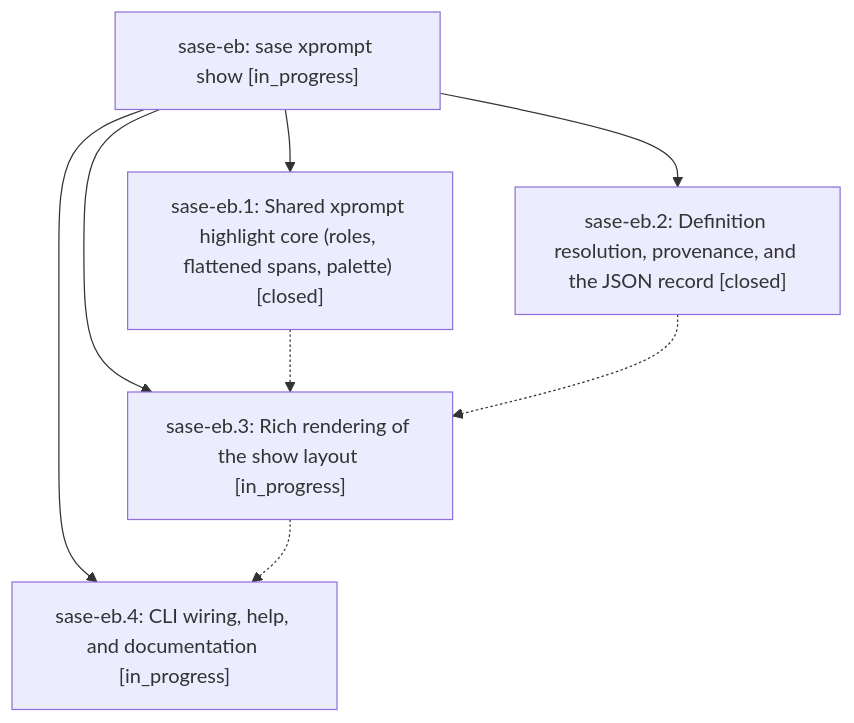
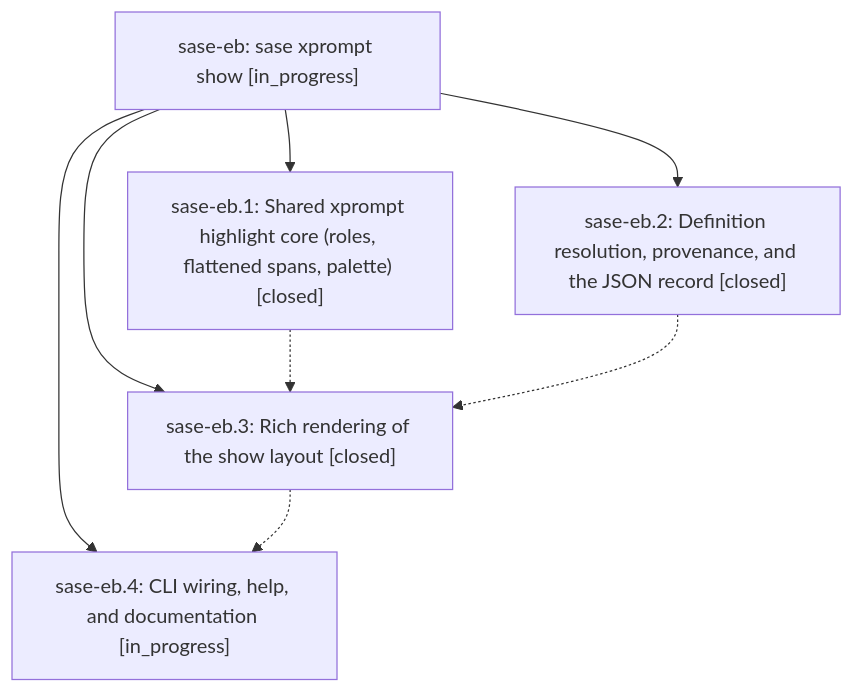
Before and after one commit to sase-org/sase--beads: the diagram in pages/sase-eb/README.md, drawn with Mermaid. The commit also changed other lines of this file and 4 other files, not shown here.

````diff
--- a/pages/sase-eb/README.md
+++ b/pages/sase-eb/README.md
@@ -25,15 +25,15 @@
 ```mermaid
 flowchart TD
     n0["sase-eb: sase xprompt show [in_progress]"]
     n1["sase-eb.1: Shared xprompt highlight core (roles, flattened spans, palette) [closed]"]
     n2["sase-eb.2: Definition resolution, provenance, and the JSON record [closed]"]
-    n3["sase-eb.3: Rich rendering of the show layout [in_progress]"]
+    n3["sase-eb.3: Rich rendering of the show layout [closed]"]
     n4["sase-eb.4: CLI wiring, help, and documentation [in_progress]"]
     n0 --> n1
     n0 --> n2
     n0 --> n3
     n0 --> n4
     n1 -.-> n3
     n2 -.-> n3
     n3 -.-> n4
 ```
````
